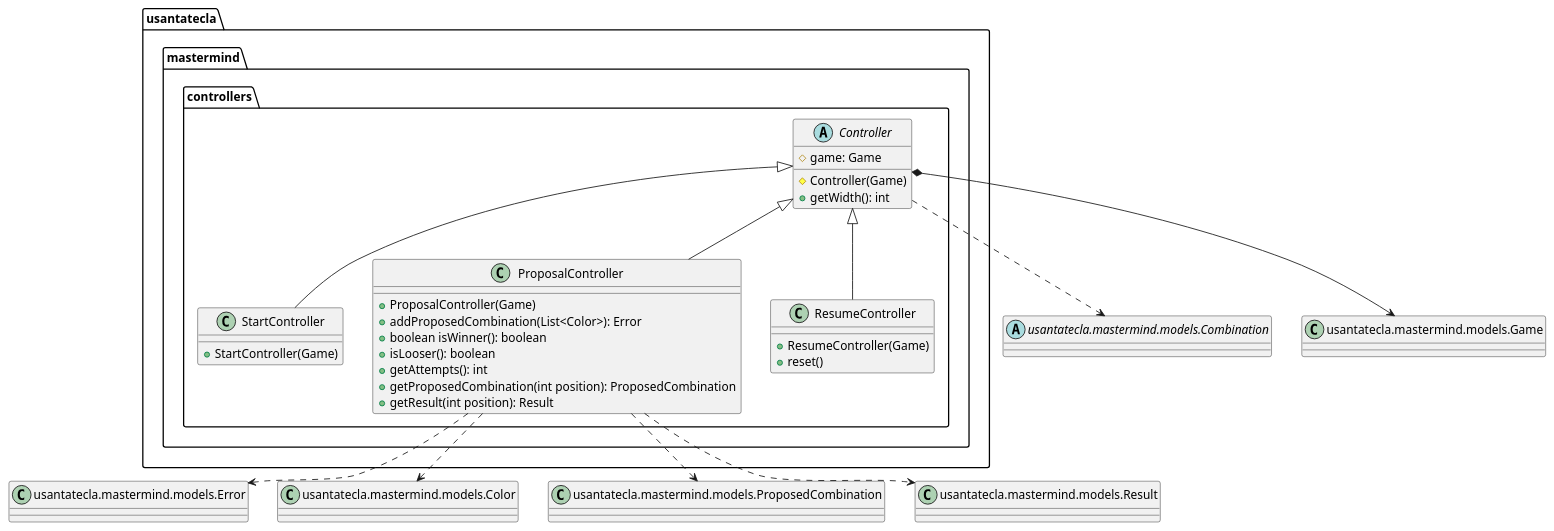
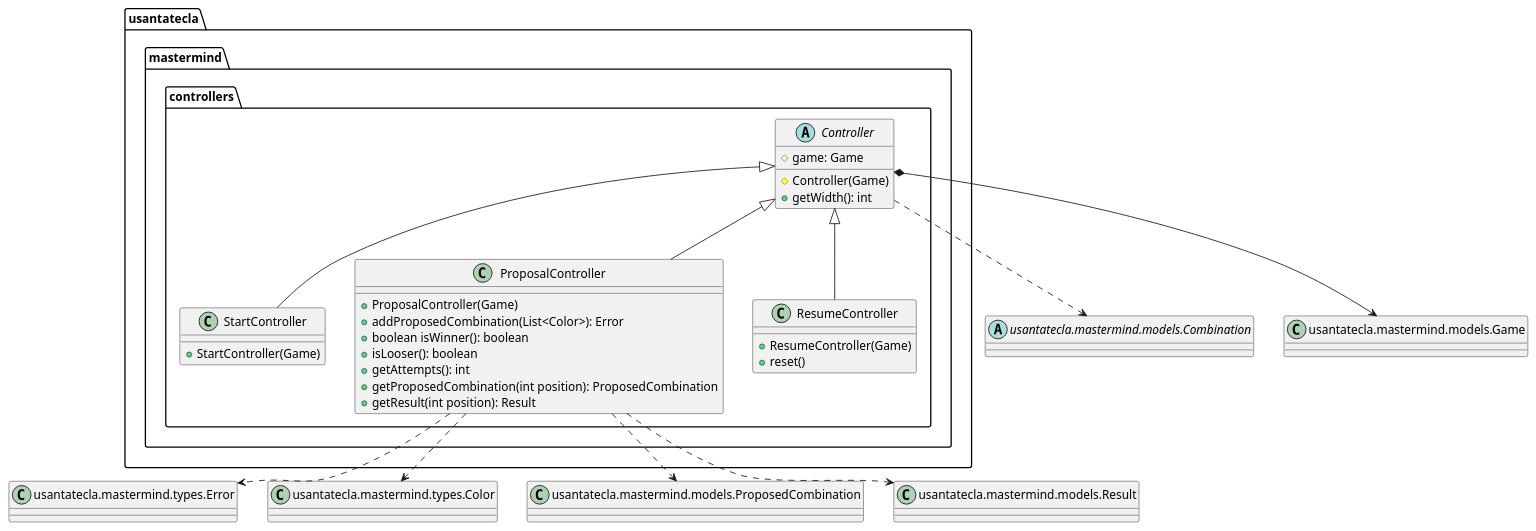
The fourth of 6 diagrams in modelViewPresenter/presentationModel/basic/docs/diagrams/src/paquetes.plantuml (SantaTecla-mastermind/solution.java.swing.socket.sql), drawn with PlantUML before and after one commit. The commit also changed other lines of this file and 32 other files, not shown here.

Commit message:
[mvp.pm.basic] Changed Color & Error to types package and added test for Controllers

```diff
--- a/modelViewPresenter/presentationModel/basic/docs/diagrams/src/paquetes.plantuml
+++ b/modelViewPresenter/presentationModel/basic/docs/diagrams/src/paquetes.plantuml
@@ -220,47 +220,47 @@
 @startuml usantatecla.mastermind.controllers
 
 abstract class Combination as "usantatecla.mastermind.models.Combination"
 class Game as "usantatecla.mastermind.models.Game"
-class Error as "usantatecla.mastermind.models.Error"
-class Color as "usantatecla.mastermind.models.Color"
+class Error as "usantatecla.mastermind.types.Error"
+class Color as "usantatecla.mastermind.types.Color"
 class ProposedCombination as "usantatecla.mastermind.models.ProposedCombination"
 class Result as "usantatecla.mastermind.models.Result"
 
 abstract class usantatecla.mastermind.controllers.Controller {
 	#game: Game
 
 	#Controller(Game)
 	+getWidth(): int
 }
 usantatecla.mastermind.controllers.Controller *-down-> Game
 usantatecla.mastermind.controllers.Controller .down.> Combination
 
 class usantatecla.mastermind.controllers.StartController {
 	+StartController(Game)
 }
 usantatecla.mastermind.controllers.Controller <|-down- usantatecla.mastermind.controllers.StartController
 
 class usantatecla.mastermind.controllers.ProposalController {
 
     +ProposalController(Game)
     +addProposedCombination(List<Color>): Error
     +boolean isWinner(): boolean
     +isLooser(): boolean
     +getAttempts(): int
     +getProposedCombination(int position): ProposedCombination
     +getResult(int position): Result
 
 }
 usantatecla.mastermind.controllers.Controller <|-down- usantatecla.mastermind.controllers.ProposalController
 usantatecla.mastermind.controllers.ProposalController .down.> Error
 usantatecla.mastermind.controllers.ProposalController .down.> ProposedCombination
 usantatecla.mastermind.controllers.ProposalController .down.> Result
 usantatecla.mastermind.controllers.ProposalController .down.> Color
 
 class usantatecla.mastermind.controllers.ResumeController {
 	+ResumeController(Game)
 	+reset()
 }
 usantatecla.mastermind.controllers.Controller <|-down- usantatecla.mastermind.controllers.ResumeController
 
 @enduml
```
